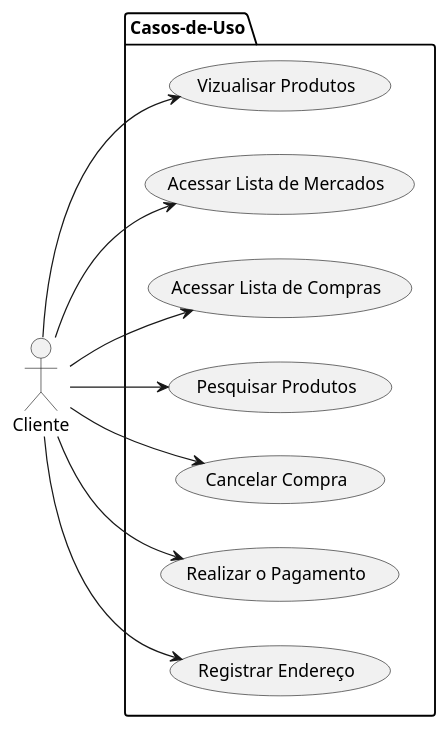
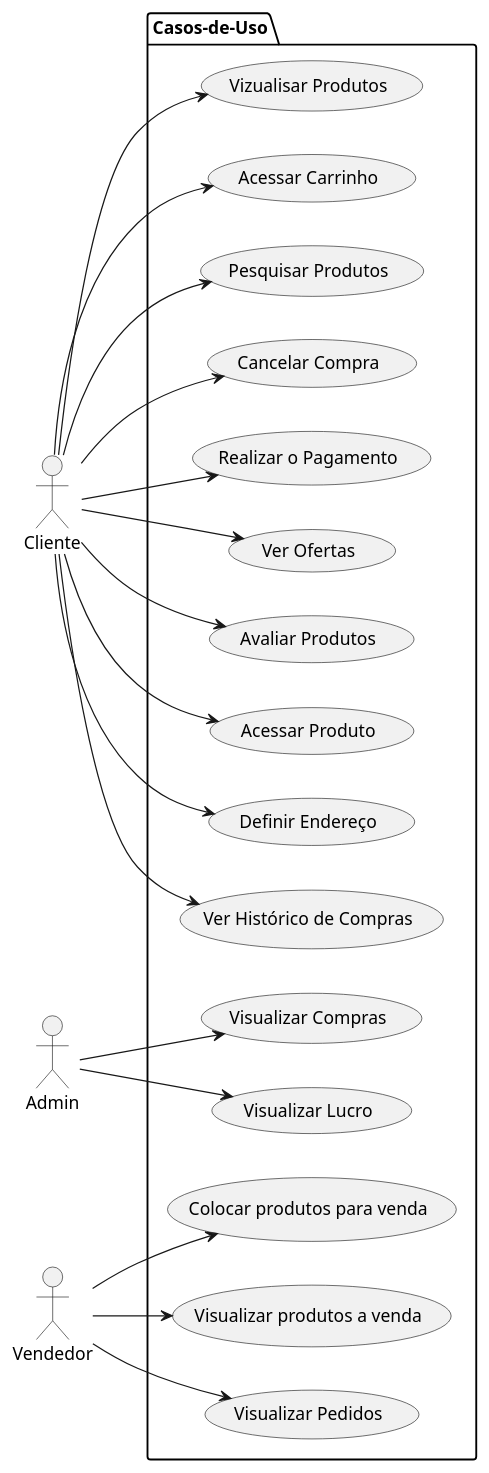
Before and after one commit to CarvGabriel/Projeto-Engenharia-de-Software-2: the diagram in docs/use-cases.puml, drawn with PlantUML.

```diff
--- a/docs/use-cases.puml
+++ b/docs/use-cases.puml
@@ -1,20 +1,41 @@
 @startuml "use-cases"
 left to right direction
 actor Cliente as c
+actor Admin as a
+actor Vendedor as v
 package Casos-de-Uso{
-  usecase "Vizualisar Produtos" as UC1
-  usecase "Acessar Lista de Mercados" as UC2
-  usecase "Acessar Lista de Compras" as UC3
-  usecase "Pesquisar Produtos" as UC4
-  usecase "Cancelar Compra" as UC5
-  usecase "Realizar o Pagamento" as UC6
-  usecase "Registrar Endereço" as UC7
+  usecase "Vizualisar Produtos" as UCc1
+  usecase "Acessar Carrinho" as UCc2
+  usecase "Pesquisar Produtos" as UCc4
+  usecase "Cancelar Compra" as UCc5
+  usecase "Realizar o Pagamento" as UCc6
+  usecase "Ver Ofertas" as UCc7
+  usecase "Avaliar Produtos" as UCc8
+  usecase "Acessar Produto" as UCc9
+  usecase "Definir Endereço" as UCc10
+  usecase "Ver Histórico de Compras" as UCc11
+
+  usecase "Visualizar Compras" as UCa1
+  usecase "Visualizar Lucro" as UCa2
+
+  usecase "Colocar produtos para venda" as UCv1
+  usecase "Visualizar produtos a venda" as UCv2
+  usecase "Visualizar Pedidos" as UCv3
+
 }
-c --> UC1
-c --> UC2
-c --> UC3
-c --> UC4
-c --> UC5
-c --> UC6
-c --> UC7
+c --> UCc1
+c --> UCc2
+c --> UCc4
+c --> UCc5
+c --> UCc6
+c --> UCc7
+c --> UCc8
+c --> UCc9
+c --> UCc10
+c --> UCc11
+a --> UCa1
+a --> UCa2
+v --> UCv1
+v --> UCv2
+v --> UCv3
 @enduml
```
